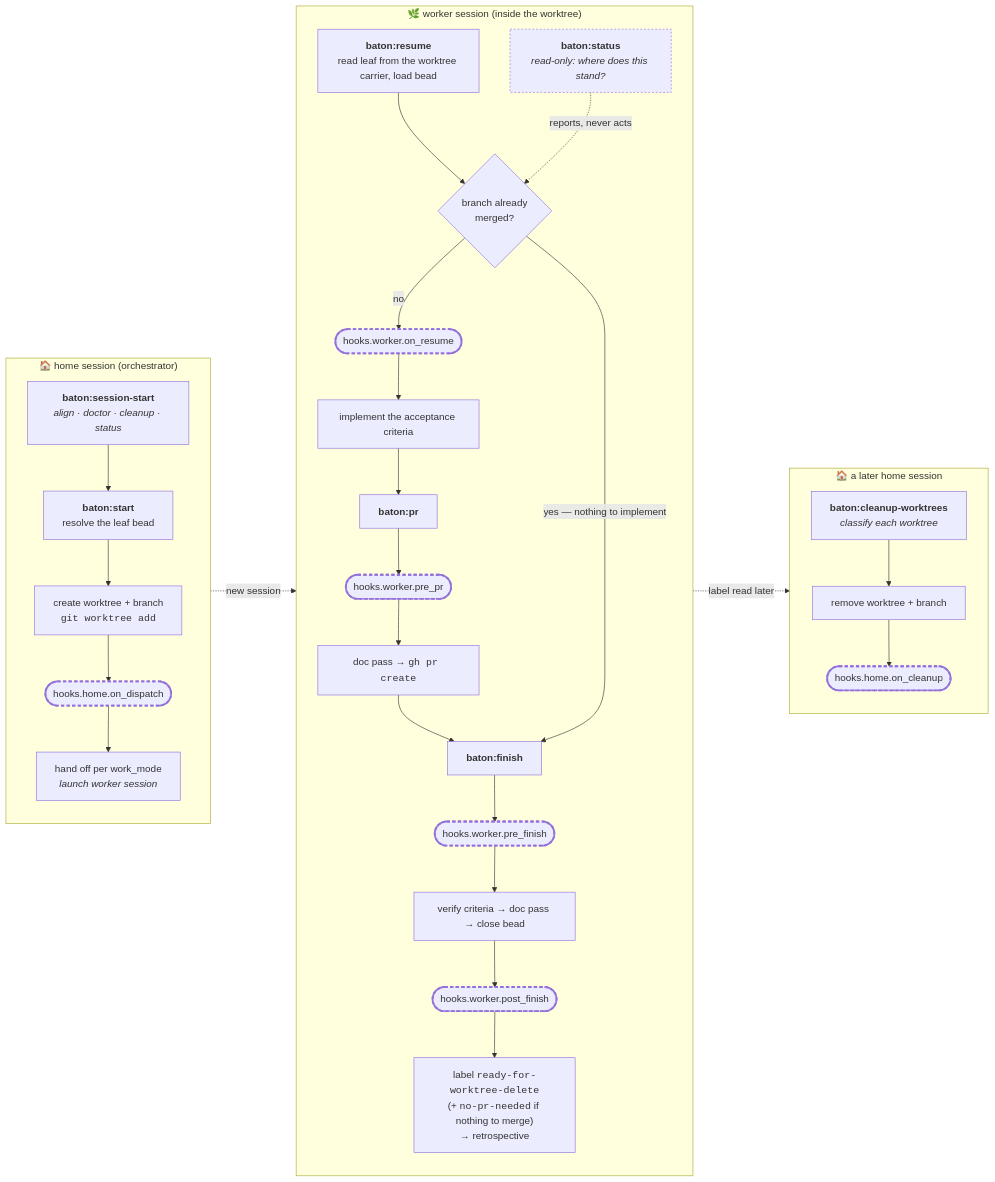
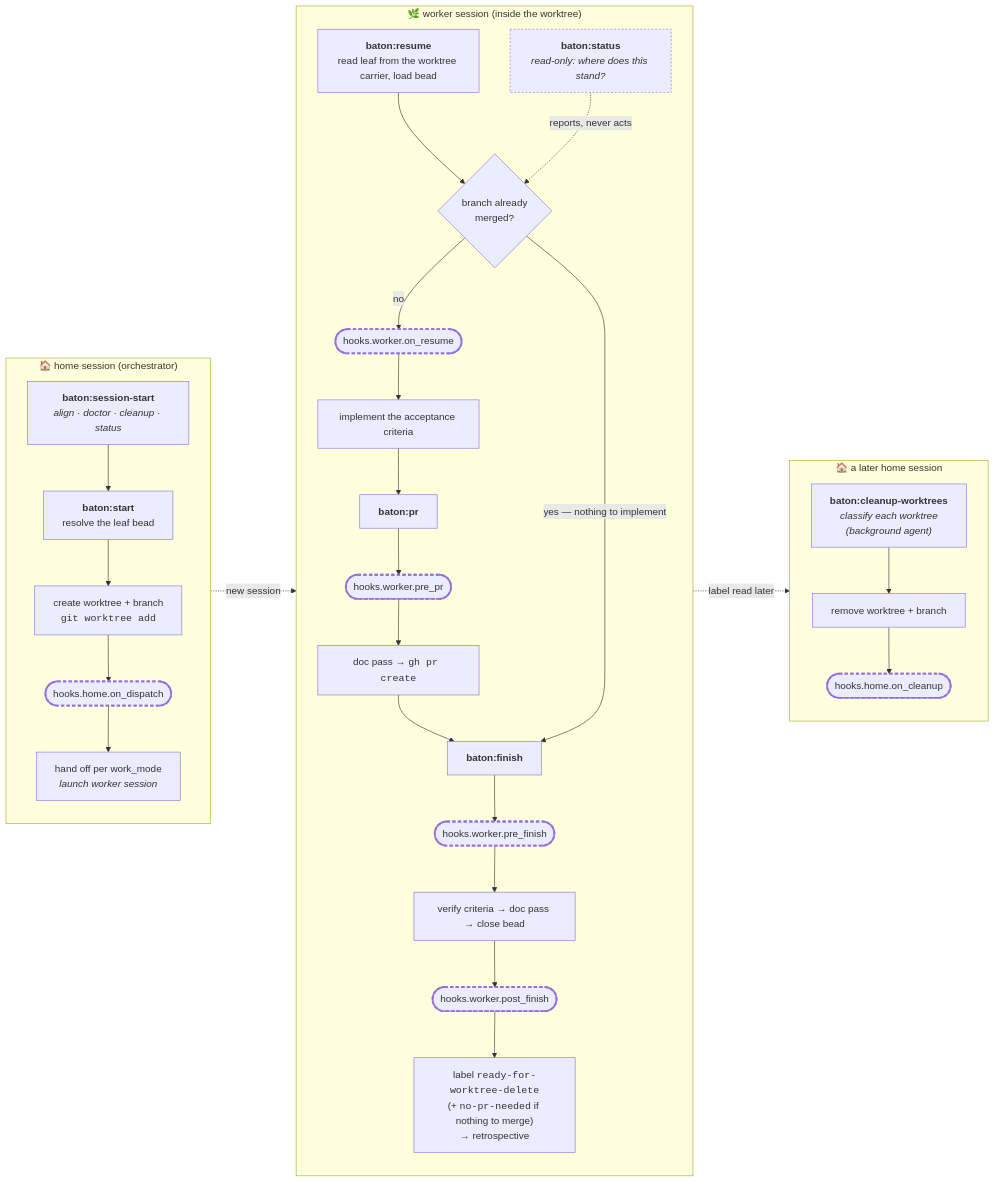
Before and after one commit to jhuizingh/maestro: the diagram in baton/README.md, drawn with Mermaid. The commit also changed other lines of this file and 4 other files, not shown here.

First line of the commit message:
baton: run the cleanup-worktrees scan in a background agent by default

````diff
--- a/baton/README.md
+++ b/baton/README.md
@@ -95,49 +95,49 @@
 ```mermaid
 flowchart LR
     subgraph HOME["🏠 home session (orchestrator)"]
         direction TB
         SS["<b>baton:session-start</b><br/><i>align · doctor · cleanup · status</i>"]
         ST1["<b>baton:start</b><br/>resolve the leaf bead"]
         ST2["create worktree + branch<br/><code>git worktree add</code>"]
         HD(["hooks.home.on_dispatch"])
         ST3["hand off per work_mode<br/><i>launch worker session</i>"]
         SS --> ST1 --> ST2 --> HD --> ST3
     end
 
     subgraph WORKER["🌿 worker session (inside the worktree)"]
         direction TB
         RS["<b>baton:resume</b><br/>read leaf from the worktree carrier, load bead"]
         MC{"branch already<br/>merged?"}
         WR(["hooks.worker.on_resume"])
         IMPL["implement the acceptance criteria"]
         PR1["<b>baton:pr</b>"]
         WP(["hooks.worker.pre_pr"])
         PR2["doc pass → <code>gh pr create</code>"]
         FI1["<b>baton:finish</b>"]
         WF(["hooks.worker.pre_finish"])
         FI2["verify criteria → doc pass → close bead"]
         WPF(["hooks.worker.post_finish"])
         FI3["label <code>ready-for-worktree-delete</code><br/>(+ <code>no-pr-needed</code> if nothing to merge)<br/>→ retrospective"]
         STA["<b>baton:status</b><br/><i>read-only: where does this stand?</i>"]
         RS --> MC
         MC -->|no| WR --> IMPL --> PR1 --> WP --> PR2 --> FI1 --> WF --> FI2 --> WPF --> FI3
         MC -->|"yes — nothing to implement"| FI1
         STA -.->|"reports, never acts"| MC
     end
 
     subgraph LATER["🏠 a later home session"]
         direction TB
-        CW["<b>baton:cleanup-worktrees</b><br/><i>classify each worktree</i>"]
+        CW["<b>baton:cleanup-worktrees</b><br/><i>classify each worktree<br/>(background agent)</i>"]
         CW2["remove worktree + branch"]
         HC(["hooks.home.on_cleanup"])
         CW --> CW2 --> HC
     end
 
     ST3 -.->|new session| RS
     FI3 -.->|"label read later"| CW
 
     classDef hook stroke-width:3px,stroke-dasharray:5 4;
     class HD,HC,WR,WP,WF,WPF hook;
     classDef readonly stroke-dasharray:3 3;
     class STA readonly;
 ```
````
